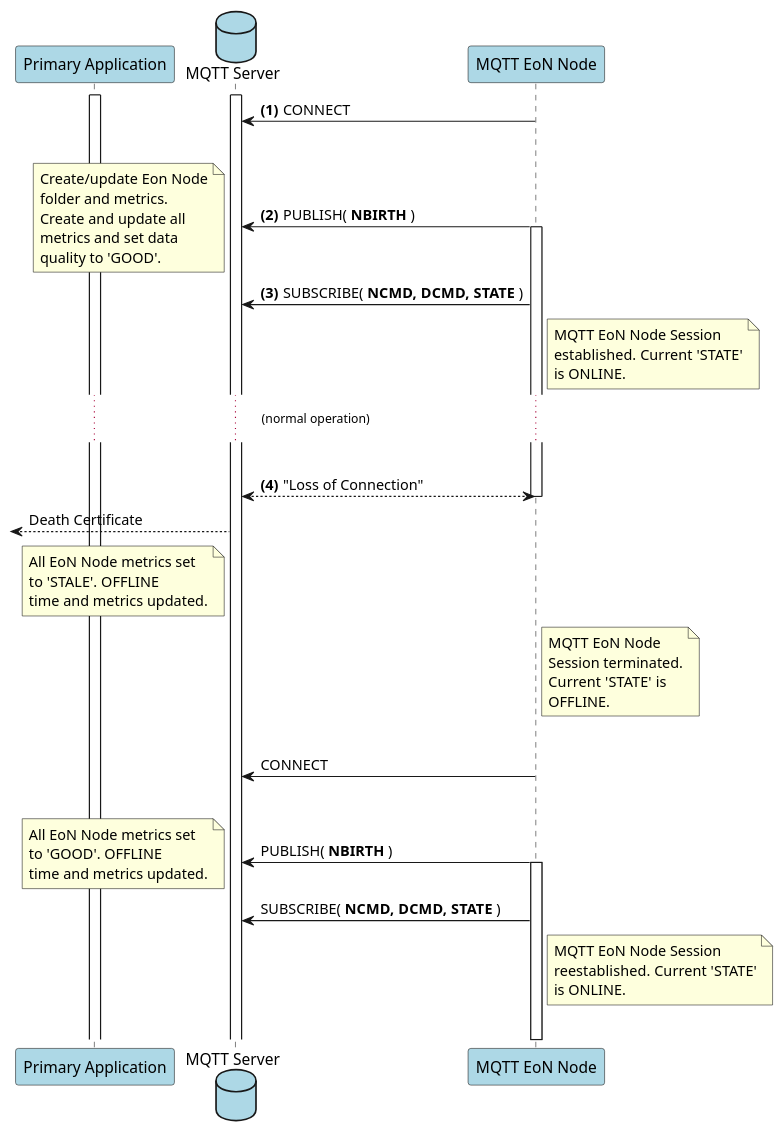
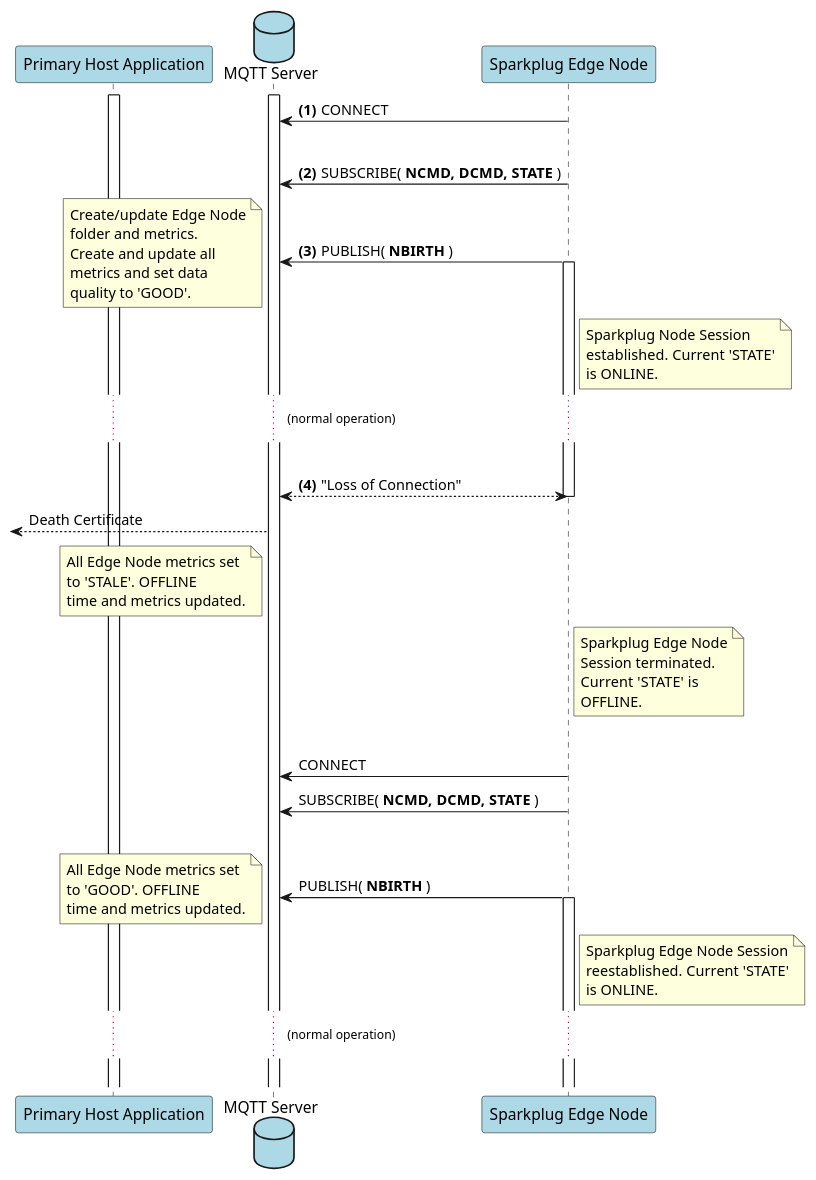
The diagram in specification/src/main/asciidoc/assets/plantuml/edge-node-mqtt-session-establishment.puml (eclipse-sparkplug/sparkplug), drawn with PlantUML before and after one commit. The commit also changed 6 other files, not shown here.

```diff
--- a/specification/src/main/asciidoc/assets/plantuml/edge-node-mqtt-session-establishment.puml
+++ b/specification/src/main/asciidoc/assets/plantuml/edge-node-mqtt-session-establishment.puml
@@ -1,79 +1,80 @@
 @startuml
-participant "Primary Application" as PrimApp #lightblue
+participant "Primary Host Application" as PrimApp #lightblue
 database "MQTT Server" as Server #lightblue
-participant "MQTT EoN Node" as EoN #lightblue
+participant "Sparkplug Edge Node" as EdgeNode #lightblue
 
 activate PrimApp
 activate Server
 
 
 autonumber 1 "<b>(#)"
-Server <- EoN : CONNECT
+Server <- EdgeNode : CONNECT
 
 |||
 
-Server <- EoN : PUBLISH( **NBIRTH** )
-activate EoN
+Server <- EdgeNode : SUBSCRIBE( **NCMD, DCMD, STATE** )
+
+Server <- EdgeNode : PUBLISH( **NBIRTH** )
+activate EdgeNode
 
 note left
-Create/update Eon Node
+Create/update Edge Node
 folder and metrics.
 Create and update all
 metrics and set data
 quality to 'GOOD'.
 end note
 
-Server <- EoN : SUBSCRIBE( **NCMD, DCMD, STATE** )
-
-note right of EoN
-MQTT EoN Node Session
+note right of EdgeNode
+Sparkplug Node Session
 established. Current 'STATE'
 is ONLINE.
 end note
 
 ... (normal operation) ...
 |||
 
-Server <--> EoN : "Loss of Connection"
+Server <--> EdgeNode : "Loss of Connection"
 autonumber stop
-deactivate EoN
+deactivate EdgeNode
 
 [<-- Server : Death Certificate
 
 note left of Server
-All EoN Node metrics set
+All Edge Node metrics set
 to 'STALE'. OFFLINE
 time and metrics updated.
 end note
 
-note right of EoN
-MQTT EoN Node
+note right of EdgeNode
+Sparkplug Edge Node
 Session terminated.
 Current 'STATE' is
 OFFLINE.
 end note
 
 |||
 
-Server <- EoN : CONNECT
+Server <- EdgeNode : CONNECT
+
+Server <- EdgeNode : SUBSCRIBE( **NCMD, DCMD, STATE** )
 
 |||
-Server <- EoN : PUBLISH( **NBIRTH** )
-activate EoN
+Server <- EdgeNode : PUBLISH( **NBIRTH** )
+activate EdgeNode
 note left
-All EoN Node metrics set
+All Edge Node metrics set
 to 'GOOD'. OFFLINE
 time and metrics updated.
 end note
 
 
-Server <- EoN : SUBSCRIBE( **NCMD, DCMD, STATE** )
-
-note right of EoN
-MQTT EoN Node Session
+note right of EdgeNode
+Sparkplug Edge Node Session
 reestablished. Current 'STATE'
 is ONLINE.
 end note
 
+... (normal operation) ...
 |||
 @enduml
```
